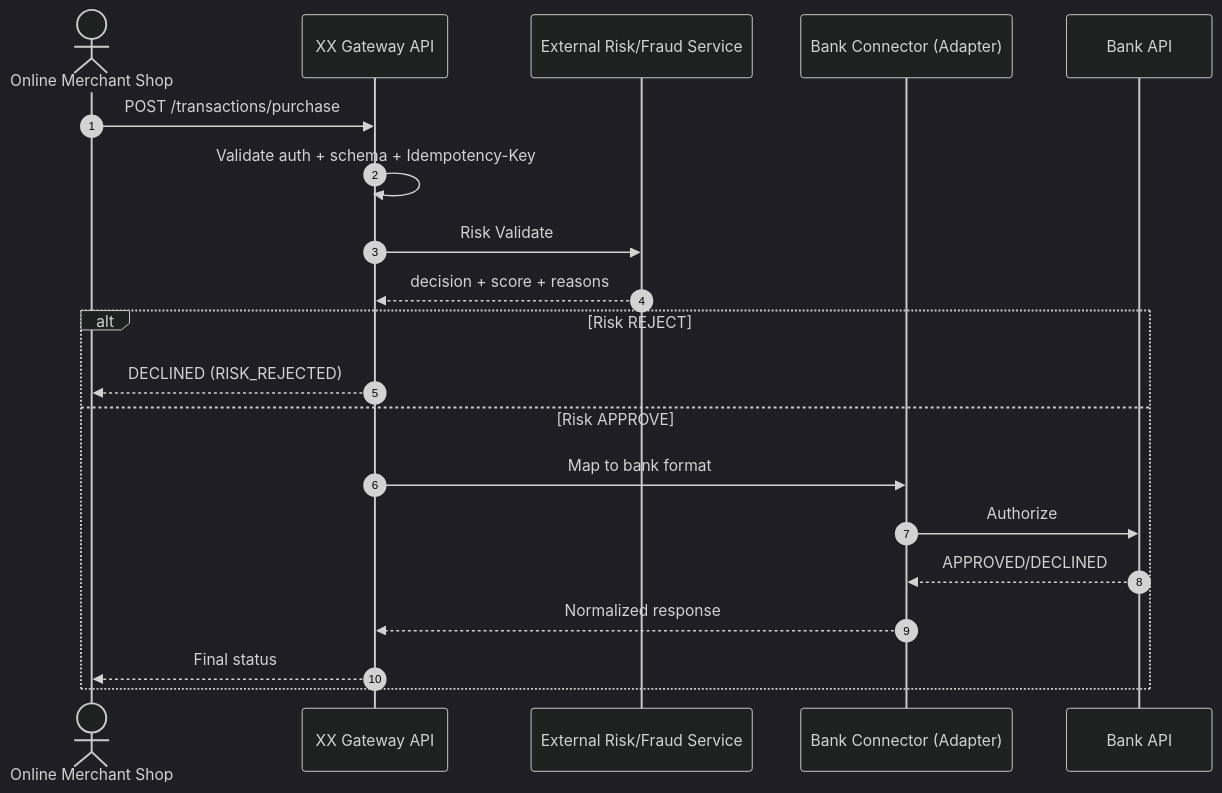
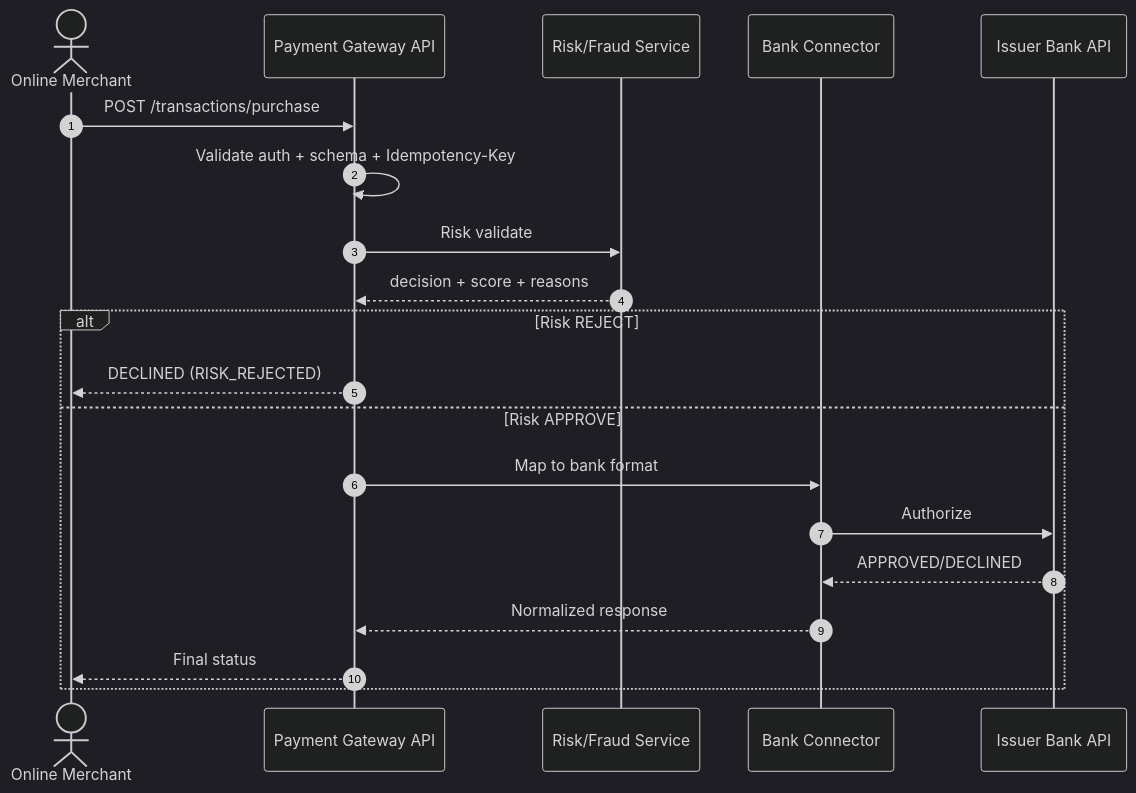
The first of 3 diagrams in README.md (pipicodes/secure-gateway-reference-design), drawn with Mermaid (dark theme) before and after one commit. The commit also changed other lines of this file, not shown here.

````diff
--- a/README.md
+++ b/README.md
@@ -32,24 +32,24 @@
 ```mermaid
 sequenceDiagram
 autonumber
-actor Merchant as Online Merchant Shop
-participant GW as XX Gateway API
-participant Risk as External Risk/Fraud Service
-participant BC as Bank Connector (Adapter)
-participant Bank as Bank API
+actor Merchant as Online Merchant
+participant GW as Payment Gateway API
+participant Risk as Risk/Fraud Service
+participant BC as Bank Connector
+participant Bank as Issuer Bank API
 
 Merchant->>GW: POST /transactions/purchase
 GW->>GW: Validate auth + schema + Idempotency-Key
-GW->>Risk: Risk Validate
+GW->>Risk: Risk validate
 Risk-->>GW: decision + score + reasons
 
 alt Risk REJECT
   GW-->>Merchant: DECLINED (RISK_REJECTED)
 else Risk APPROVE
   GW->>BC: Map to bank format
   BC->>Bank: Authorize
   Bank-->>BC: APPROVED/DECLINED
   BC-->>GW: Normalized response
   GW-->>Merchant: Final status
 end
 ```
````
